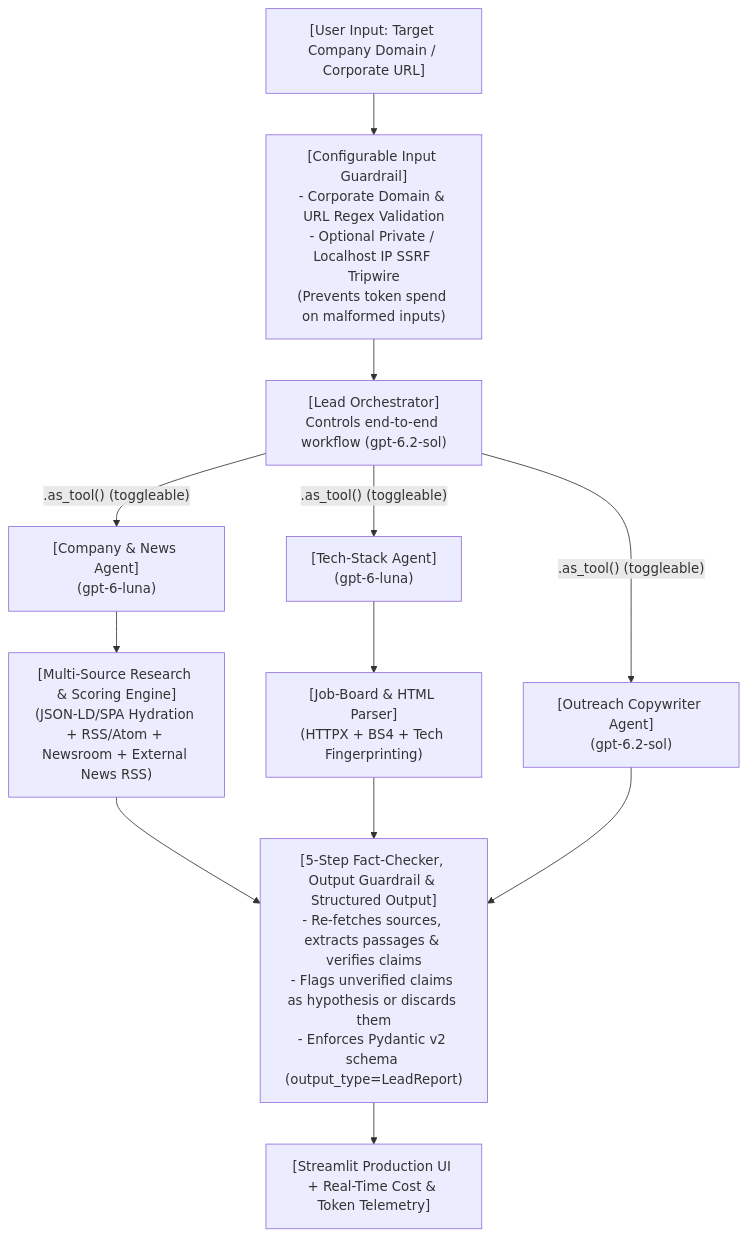
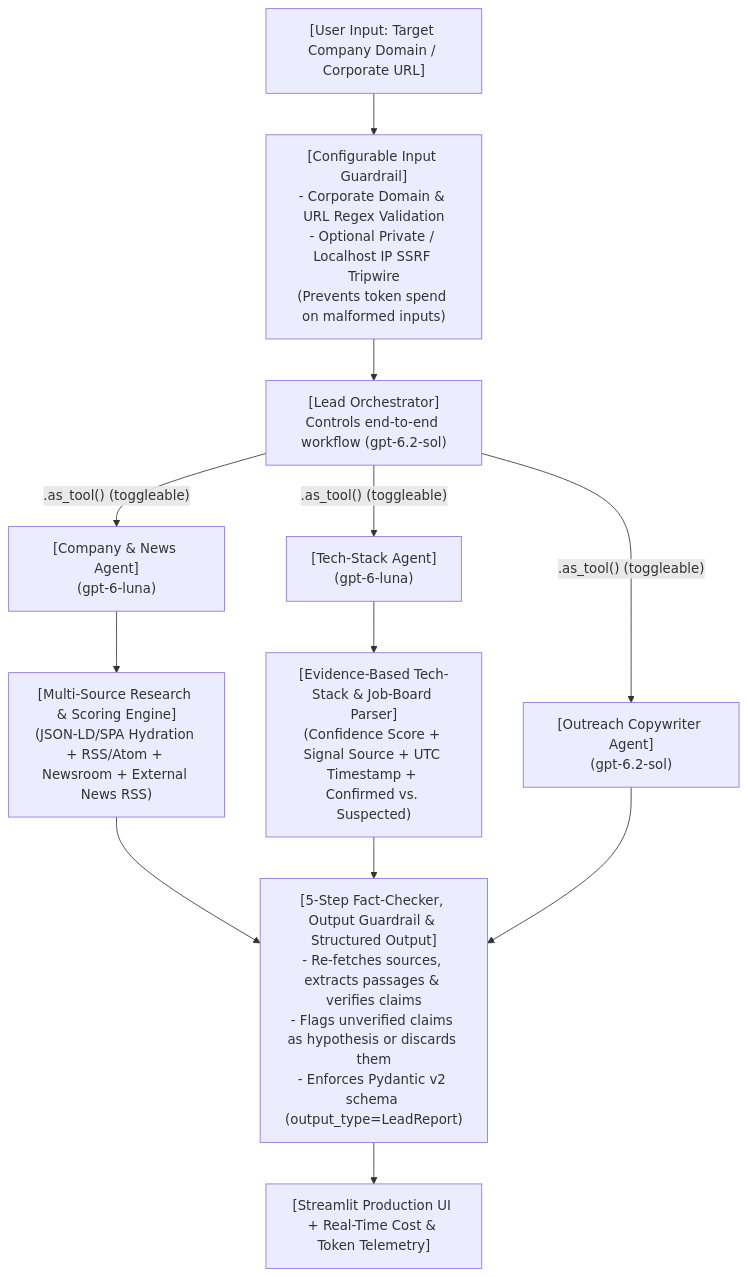
One commit to MartinsRepo/B2B-Lead-Intelligence-Outreach-Agent changed the diagram in docs/architecture.md. Above: the diagram before and after it, drawn with Mermaid. The commit also changed other lines of this file and 9 other files, not shown here.

Commit message:
evidence-based technology detection

````diff
--- a/docs/architecture.md
+++ b/docs/architecture.md
@@ -7,18 +7,18 @@
 ```mermaid
 flowchart TD
     INPUT["[User Input: Target Company Domain / Corporate URL]"] --> IG["[Configurable Input Guardrail]<br/>- Corporate Domain & URL Regex Validation<br/>- Optional Private / Localhost IP SSRF Tripwire<br/>(Prevents token spend on malformed inputs)"]
     IG --> ORCH["[Lead Orchestrator]<br/>Controls end-to-end workflow (gpt-6.2-sol)"]
 
     ORCH -->|".as_tool() (toggleable)"| CNA["[Company & News Agent]<br/>(gpt-6-luna)"]
     ORCH -->|".as_tool() (toggleable)"| TSA["[Tech-Stack Agent]<br/>(gpt-6-luna)"]
     ORCH -->|".as_tool() (toggleable)"| OCA["[Outreach Copywriter Agent]<br/>(gpt-6.2-sol)"]
 
     CNA --> WNS["[Multi-Source Research & Scoring Engine]<br/>(JSON-LD/SPA Hydration + RSS/Atom + Newsroom + External News RSS)"]
-    TSA --> JBP["[Job-Board & HTML Parser]<br/>(HTTPX + BS4 + Tech Fingerprinting)"]
+    TSA --> JBP["[Evidence-Based Tech-Stack & Job-Board Parser]<br/>(Confidence Score + Signal Source + UTC Timestamp + Confirmed vs. Suspected)"]
 
     WNS --> OG["[5-Step Fact-Checker, Output Guardrail & Structured Output]<br/>- Re-fetches sources, extracts passages & verifies claims<br/>- Flags unverified claims as hypothesis or discards them<br/>- Enforces Pydantic v2 schema (output_type=LeadReport)"]
     JBP --> OG
     OCA --> OG
 
     OG --> UI["[Streamlit Production UI + Real-Time Cost & Token Telemetry]"]
 ```
````
